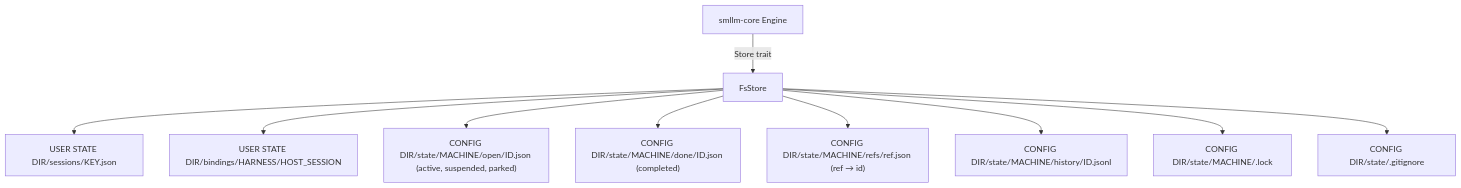
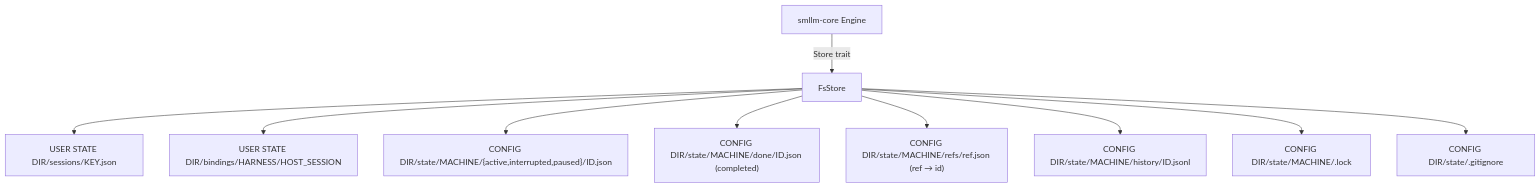
Before and after one commit to six5536/sllm: the diagram in .zen/specs/DESIGN-STO-storage.md, drawn with Mermaid. The commit also changed other lines of this file and 22 other files, not shown here.

````diff
--- a/.zen/specs/DESIGN-STO-storage.md
+++ b/.zen/specs/DESIGN-STO-storage.md
@@ -15,12 +15,12 @@
 ```mermaid
 flowchart TB
     Engine[smllm-core Engine] -->|Store trait| FsStore
     FsStore --> Sessions["USER STATE DIR/sessions/KEY.json"]
     FsStore --> Bindings["USER STATE DIR/bindings/HARNESS/HOST_SESSION"]
-    FsStore --> Open["CONFIG DIR/state/MACHINE/open/ID.json (active, suspended, parked)"]
+    FsStore --> Open["CONFIG DIR/state/MACHINE/{active,interrupted,paused}/ID.json"]
     FsStore --> Done["CONFIG DIR/state/MACHINE/done/ID.json (completed)"]
     FsStore --> Refs["CONFIG DIR/state/MACHINE/refs/ref.json (ref → id)"]
     FsStore --> Hist["CONFIG DIR/state/MACHINE/history/ID.jsonl"]
     FsStore --> Lock["CONFIG DIR/state/MACHINE/.lock"]
     FsStore --> Ignore["CONFIG DIR/state/.gitignore"]
 ```
````
